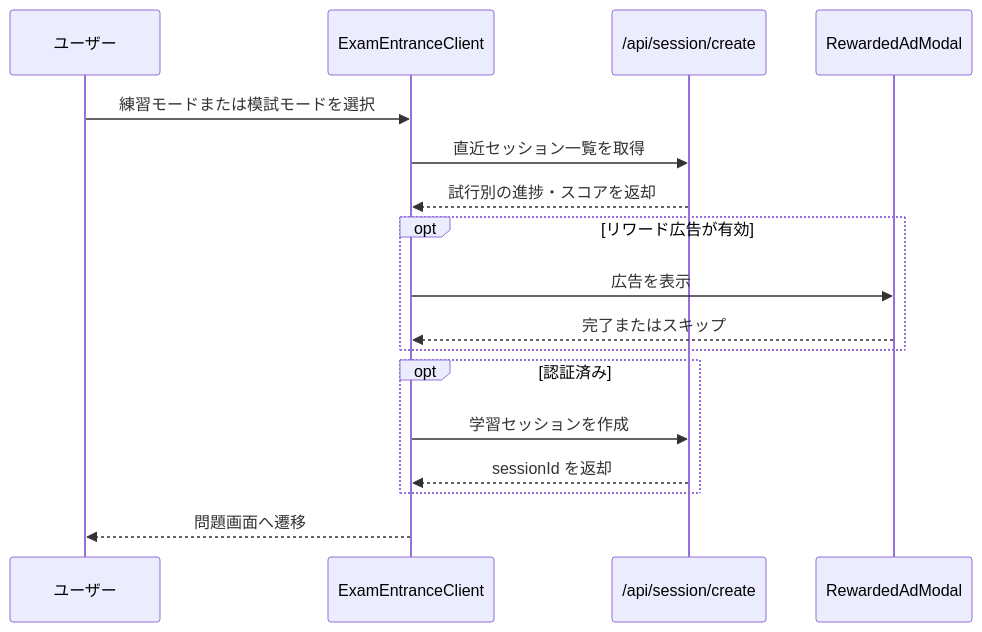
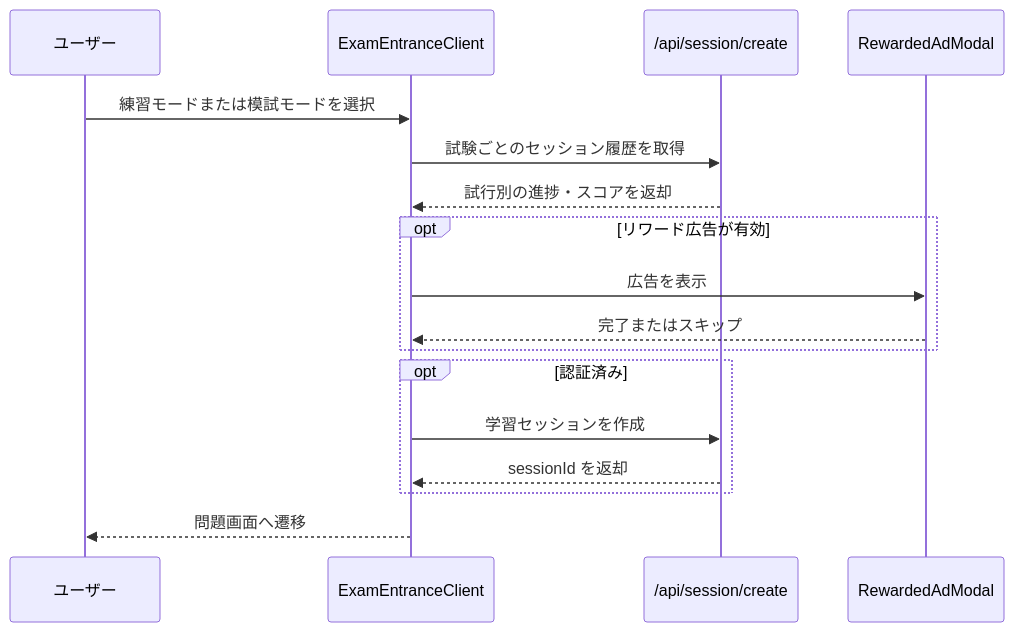
One commit to keisato848/IpaLab changed the third of 4 diagrams in docs/02_design/13_AMPracticeDesign.md. Above: the diagram before and after it, drawn with Mermaid. The commit also changed other lines of this file and 3 other files, not shown here.

````diff
--- a/docs/02_design/13_AMPracticeDesign.md
+++ b/docs/02_design/13_AMPracticeDesign.md
@@ -91,20 +91,20 @@
 ```mermaid
 sequenceDiagram
     participant User as ユーザー
     participant Entrance as ExamEntranceClient
     participant SessionCreate as /api/session/create
     participant Ad as RewardedAdModal
 
     User->>Entrance: 練習モードまたは模試モードを選択
-    Entrance->>SessionCreate: 直近セッション一覧を取得
+    Entrance->>SessionCreate: 試験ごとのセッション履歴を取得
     SessionCreate-->>Entrance: 試行別の進捗・スコアを返却
     opt リワード広告が有効
         Entrance->>Ad: 広告を表示
         Ad-->>Entrance: 完了またはスキップ
     end
     opt 認証済み
         Entrance->>SessionCreate: 学習セッションを作成
         SessionCreate-->>Entrance: sessionId を返却
     end
     Entrance-->>User: 問題画面へ遷移
 ```
````
